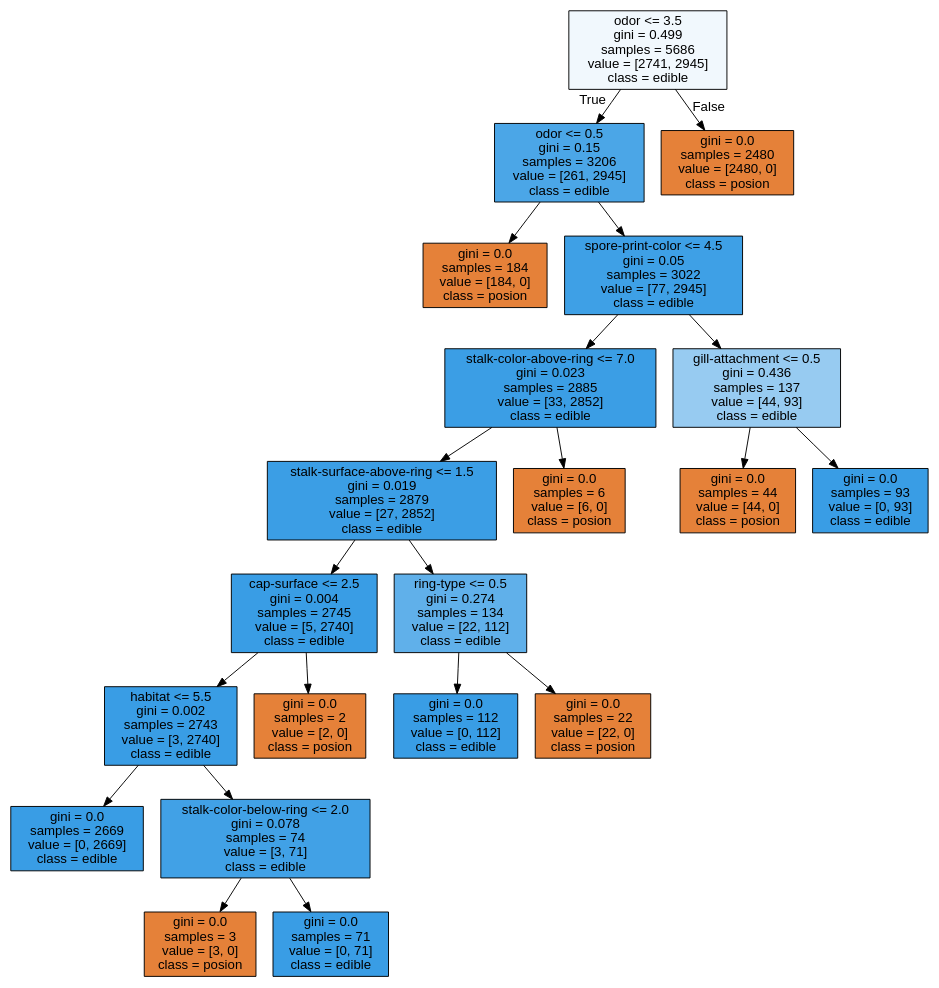
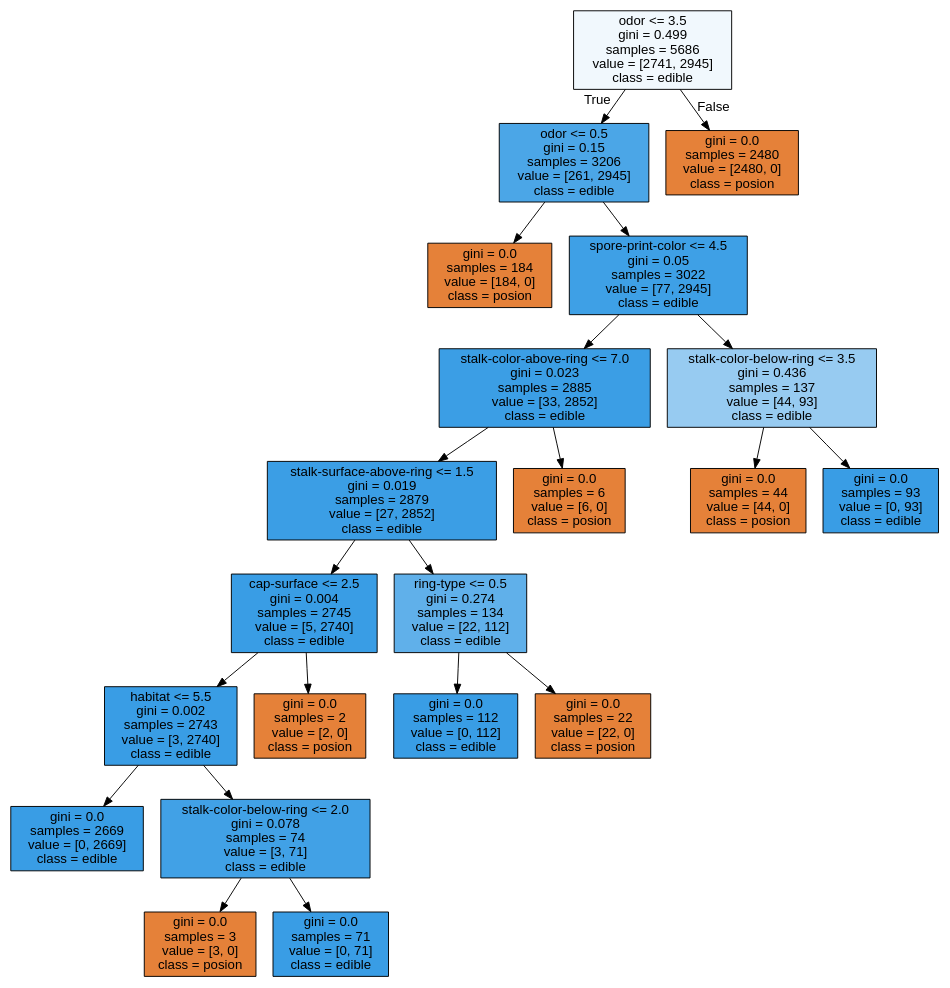
Before and after one commit to WonRyeong1207/KDT6: the diagram in EX_ML/data/mushroom_tree.dot, drawn with Graphviz. The commit also changed 3 other files, not shown here.

```diff
--- a/EX_ML/data/mushroom_tree.dot
+++ b/EX_ML/data/mushroom_tree.dot
@@ -1,45 +1,45 @@
 digraph Tree {
 node [shape=box, style="filled", color="black", fontname="helvetica"] ;
 edge [fontname="helvetica"] ;
 0 [label="odor <= 3.5\ngini = 0.499\nsamples = 5686\nvalue = [2741, 2945]\nclass = edible", fillcolor="#f1f8fd"] ;
 1 [label="odor <= 0.5\ngini = 0.15\nsamples = 3206\nvalue = [261, 2945]\nclass = edible", fillcolor="#4ba6e7"] ;
 0 -> 1 [labeldistance=2.5, labelangle=45, headlabel="True"] ;
 2 [label="gini = 0.0\nsamples = 184\nvalue = [184, 0]\nclass = posion", fillcolor="#e58139"] ;
 1 -> 2 ;
 3 [label="spore-print-color <= 4.5\ngini = 0.05\nsamples = 3022\nvalue = [77, 2945]\nclass = edible", fillcolor="#3ea0e6"] ;
 1 -> 3 ;
 4 [label="stalk-color-above-ring <= 7.0\ngini = 0.023\nsamples = 2885\nvalue = [33, 2852]\nclass = edible", fillcolor="#3b9ee5"] ;
 3 -> 4 ;
 5 [label="stalk-surface-above-ring <= 1.5\ngini = 0.019\nsamples = 2879\nvalue = [27, 2852]\nclass = edible", fillcolor="#3b9ee5"] ;
 4 -> 5 ;
 6 [label="cap-surface <= 2.5\ngini = 0.004\nsamples = 2745\nvalue = [5, 2740]\nclass = edible", fillcolor="#399de5"] ;
 5 -> 6 ;
 7 [label="habitat <= 5.5\ngini = 0.002\nsamples = 2743\nvalue = [3, 2740]\nclass = edible", fillcolor="#399de5"] ;
 6 -> 7 ;
 8 [label="gini = 0.0\nsamples = 2669\nvalue = [0, 2669]\nclass = edible", fillcolor="#399de5"] ;
 7 -> 8 ;
 9 [label="stalk-color-below-ring <= 2.0\ngini = 0.078\nsamples = 74\nvalue = [3, 71]\nclass = edible", fillcolor="#41a1e6"] ;
 7 -> 9 ;
 10 [label="gini = 0.0\nsamples = 3\nvalue = [3, 0]\nclass = posion", fillcolor="#e58139"] ;
 9 -> 10 ;
 11 [label="gini = 0.0\nsamples = 71\nvalue = [0, 71]\nclass = edible", fillcolor="#399de5"] ;
 9 -> 11 ;
 12 [label="gini = 0.0\nsamples = 2\nvalue = [2, 0]\nclass = posion", fillcolor="#e58139"] ;
 6 -> 12 ;
 13 [label="ring-type <= 0.5\ngini = 0.274\nsamples = 134\nvalue = [22, 112]\nclass = edible", fillcolor="#60b0ea"] ;
 5 -> 13 ;
 14 [label="gini = 0.0\nsamples = 112\nvalue = [0, 112]\nclass = edible", fillcolor="#399de5"] ;
 13 -> 14 ;
 15 [label="gini = 0.0\nsamples = 22\nvalue = [22, 0]\nclass = posion", fillcolor="#e58139"] ;
 13 -> 15 ;
 16 [label="gini = 0.0\nsamples = 6\nvalue = [6, 0]\nclass = posion", fillcolor="#e58139"] ;
 4 -> 16 ;
-17 [label="gill-attachment <= 0.5\ngini = 0.436\nsamples = 137\nvalue = [44, 93]\nclass = edible", fillcolor="#97cbf1"] ;
+17 [label="stalk-color-below-ring <= 3.5\ngini = 0.436\nsamples = 137\nvalue = [44, 93]\nclass = edible", fillcolor="#97cbf1"] ;
 3 -> 17 ;
 18 [label="gini = 0.0\nsamples = 44\nvalue = [44, 0]\nclass = posion", fillcolor="#e58139"] ;
 17 -> 18 ;
 19 [label="gini = 0.0\nsamples = 93\nvalue = [0, 93]\nclass = edible", fillcolor="#399de5"] ;
 17 -> 19 ;
 20 [label="gini = 0.0\nsamples = 2480\nvalue = [2480, 0]\nclass = posion", fillcolor="#e58139"] ;
 0 -> 20 [labeldistance=2.5, labelangle=-45, headlabel="False"] ;
 }
```
